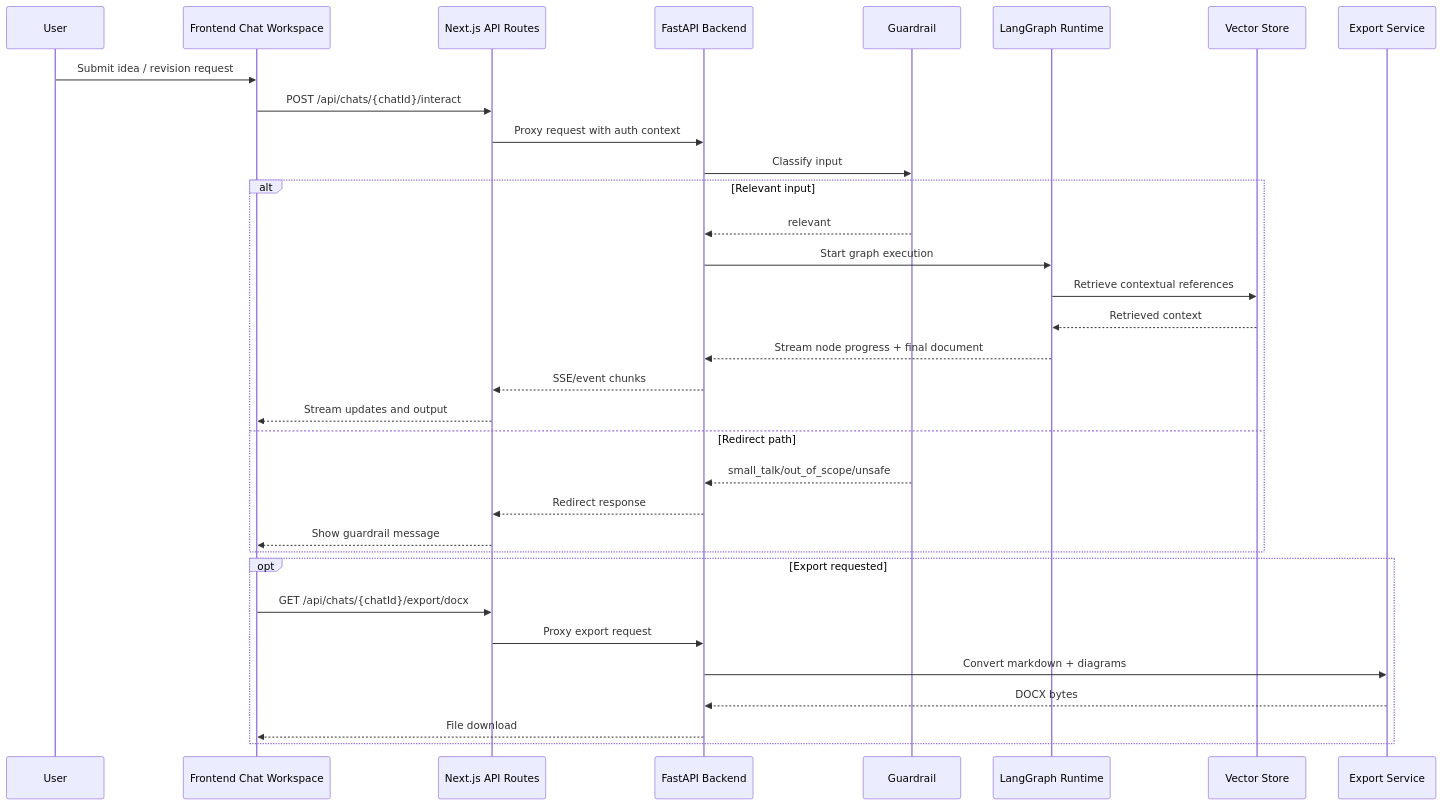
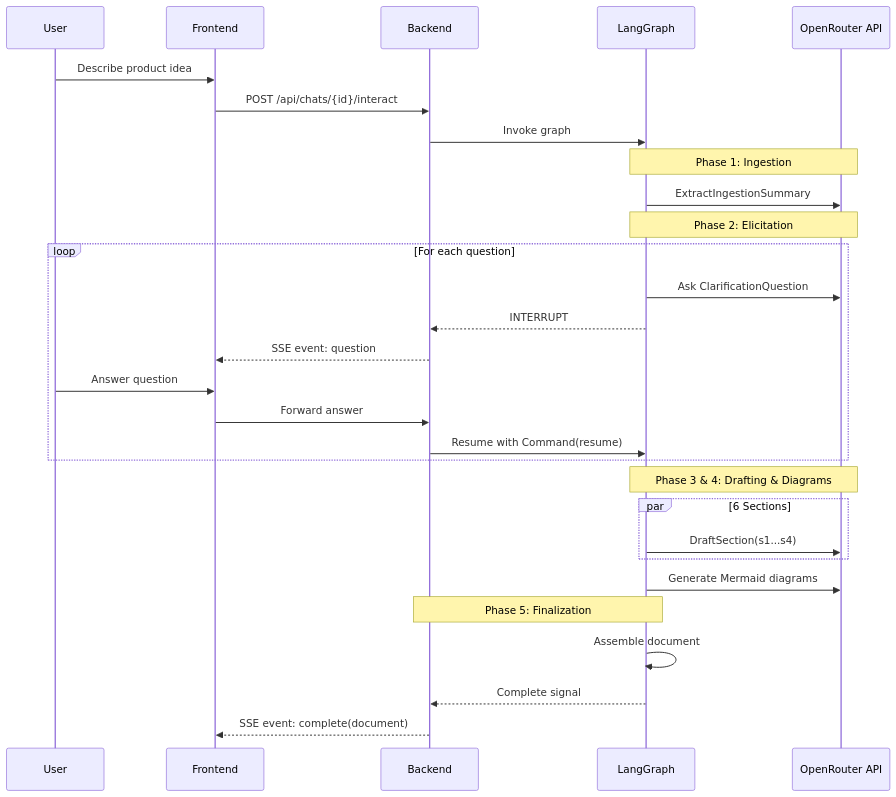
Before and after one commit to Ta1al/automated-SRS-generator: the second of 3 diagrams in documentation/design_document.md, drawn with Mermaid. The commit also changed other lines of this file, not shown here.

Commit message:
feat: rewrite Software Design Document to enhance clarity and structure

````diff
--- a/documentation/design_document.md
+++ b/documentation/design_document.md
@@ -77,38 +88,36 @@
 ```mermaid
 sequenceDiagram
     participant U as User
-    participant FE as Frontend Chat Workspace
-    participant N as Next.js API Routes
-    participant B as FastAPI Backend
-    participant G as Guardrail
-    participant L as LangGraph Runtime
-    participant V as Vector Store
-    participant E as Export Service
+    participant FE as Frontend
+    participant B as Backend
+    participant L as LangGraph
+    participant O as OpenRouter API
 
-    U->>FE: Submit idea / revision request
-    FE->>N: POST /api/chats/{chatId}/interact
-    N->>B: Proxy request with auth context
-    B->>G: Classify input
-
-    alt Relevant input
-        G-->>B: relevant
-        B->>L: Start graph execution
-        L->>V: Retrieve contextual references
-        V-->>L: Retrieved context
-        L-->>B: Stream node progress + final document
-        B-->>N: SSE/event chunks
-        N-->>FE: Stream updates and output
-    else Redirect path
-        G-->>B: small_talk/out_of_scope/unsafe
-        B-->>N: Redirect response
-        N-->>FE: Show guardrail message
+    U->>FE: Describe product idea
+    FE->>B: POST /api/chats/{id}/interact
+    B->>L: Invoke graph
+    Note over L,O: Phase 1: Ingestion
+    L->>O: ExtractIngestionSummary
+    
+    Note over L,O: Phase 2: Elicitation
+    loop For each question
+        L->>O: Ask ClarificationQuestion
+        L-->>B: INTERRUPT
+        B-->>FE: SSE event: question
+        U->>FE: Answer question
+        FE->>B: Forward answer
+        B->>L: Resume with Command(resume)
     end
 
-    opt Export requested
-        FE->>N: GET /api/chats/{chatId}/export/docx
-        N->>B: Proxy export request
-        B->>E: Convert markdown + diagrams
-        E-->>B: DOCX bytes
-        B-->>FE: File download
+    Note over L,O: Phase 3 & 4: Drafting & Diagrams
+    par 6 Sections
+        L->>O: DraftSection(s1...s4)
     end
+    L->>O: Generate Mermaid diagrams
+    
+    Note over L,B: Phase 5: Finalization
+    L->>L: Assemble document
+    L-->>B: Complete signal
+    B-->>FE: SSE event: complete(document)
+
 ```
````
